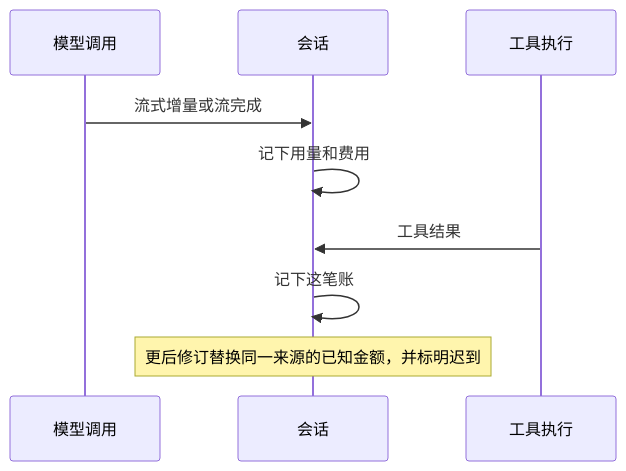
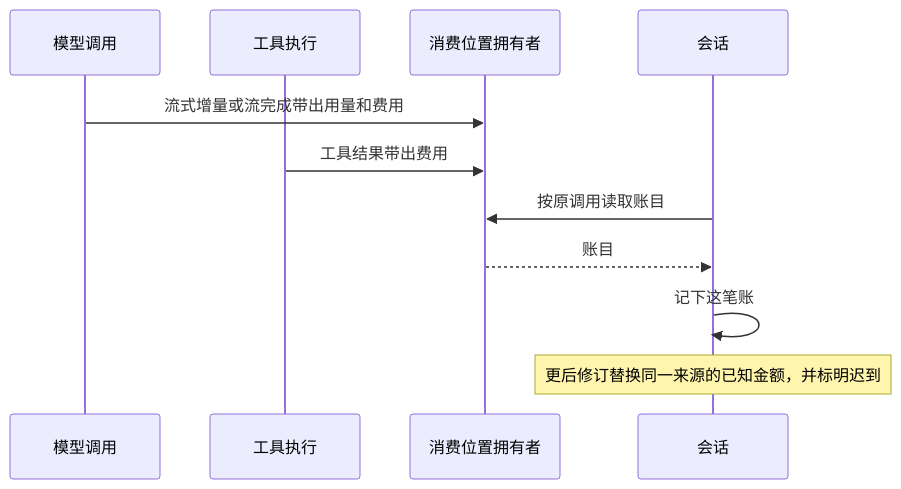
One commit to nemori-ai/omne-harness-lite changed the second of 2 diagrams in docs/domains/sessions-and-work/README.md. Above: the diagram before and after it, drawn with Mermaid. The commit also changed other lines of this file and 4 other files, not shown here.

````diff
--- a/docs/domains/sessions-and-work/README.md
+++ b/docs/domains/sessions-and-work/README.md
@@ -62,11 +62,13 @@
 ```mermaid
 sequenceDiagram
   participant Model as 模型调用
+  participant Tool as 工具执行
+  participant Owner as 消费位置拥有者
   participant Session as 会话
-  participant Tool as 工具执行
-  Model->>Session: 流式增量或流完成
-  Session->>Session: 记下用量和费用
-  Tool->>Session: 工具结果
+  Model->>Owner: 流式增量或流完成带出用量和费用
+  Tool->>Owner: 工具结果带出费用
+  Session->>Owner: 按原调用读取账目
+  Owner-->>Session: 账目
   Session->>Session: 记下这笔账
   Note over Session: 更后修订替换同一来源的已知金额，并标明迟到
 ```
````
